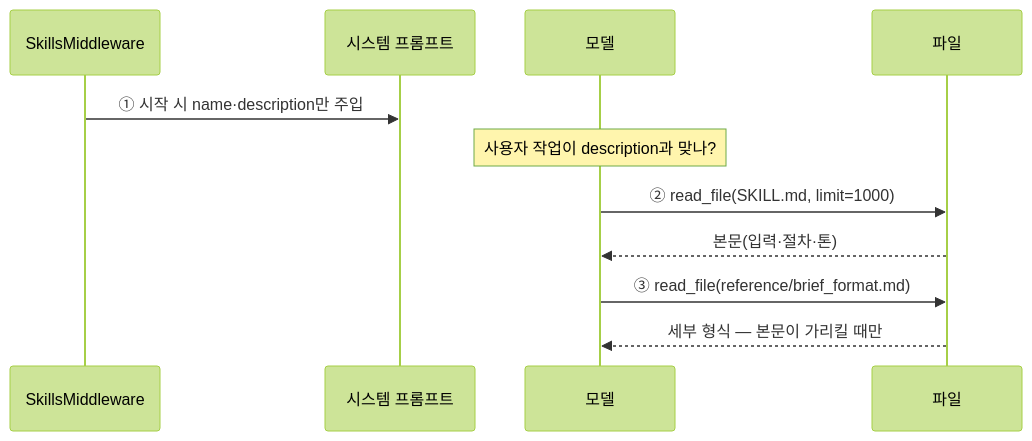
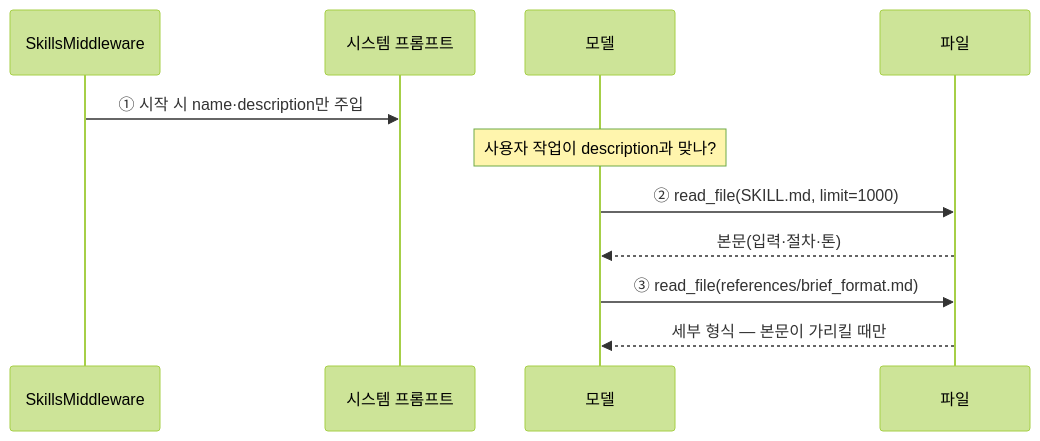
The second of 4 diagrams in books/md/Chapter 4. Skills와 MCP 연계.md (Yo-sure/deepagents-handson), drawn with Mermaid (forest theme) before and after one commit. The commit also changed other lines of this file and 6 other files, not shown here.

````diff
--- a/books/md/Chapter 4. Skills와 MCP 연계.md
+++ b/books/md/Chapter 4. Skills와 MCP 연계.md
@@ -120,13 +126,13 @@
 ```mermaid
 sequenceDiagram
     participant MW as SkillsMiddleware
     participant SP as 시스템 프롬프트
     participant M as 모델
     participant FS as 파일
     MW->>SP: ① 시작 시 name·description만 주입
     Note over M: 사용자 작업이 description과 맞나?
     M->>FS: ② read_file(SKILL.md, limit=1000)
     FS-->>M: 본문(입력·절차·톤)
-    M->>FS: ③ read_file(reference/brief_format.md)
+    M->>FS: ③ read_file(references/brief_format.md)
     FS-->>M: 세부 형식 — 본문이 가리킬 때만
 ```
````
